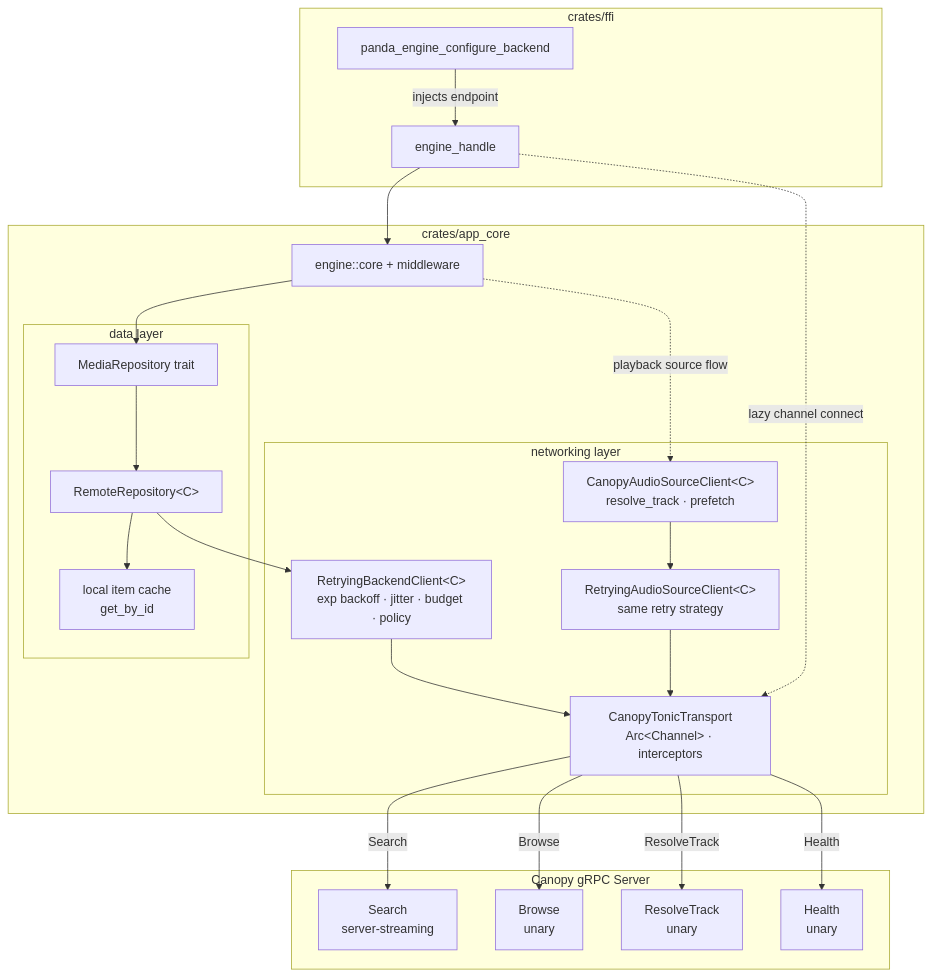
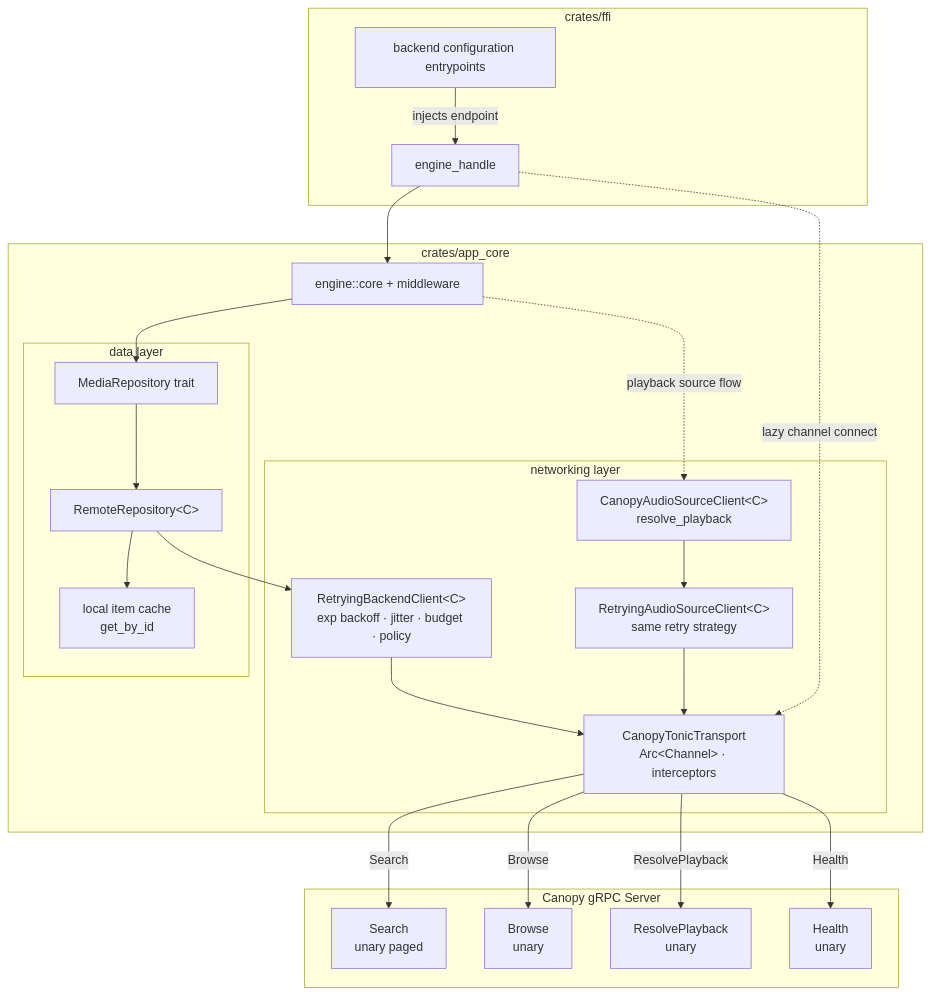
The second of 5 diagrams in rust/engine/README.md (adrianrusu16/Media-App), drawn with Mermaid before and after one commit. The commit also changed other lines of this file and 8 other files, not shown here.

````diff
--- a/rust/engine/README.md
+++ b/rust/engine/README.md
@@ -174,49 +174,49 @@
 ```mermaid
 flowchart TB
     subgraph FFI[crates/ffi]
         HANDLE[engine_handle]
-        API_CFG[panda_engine_configure_backend]
+        API_CFG[backend configuration entrypoints]
     end
 
     subgraph Core[crates/app_core]
         ENGINE[engine::core + middleware]
 
         subgraph DataLayer[data layer]
             REPO_TRAIT[MediaRepository trait]
             REMOTE[RemoteRepository&lt;C&gt;]
             CACHE[local item cache\nget_by_id]
         end
 
         subgraph NetLayer[networking layer]
             RBC[RetryingBackendClient&lt;C&gt;\nexp backoff · jitter · budget · policy]
             RASC[RetryingAudioSourceClient&lt;C&gt;\nsame retry strategy]
-            CASC[CanopyAudioSourceClient&lt;C&gt;\nresolve_track · prefetch]
+            CASC[CanopyAudioSourceClient&lt;C&gt;\nresolve_playback]
             TRANSPORT[CanopyTonicTransport\nArc&lt;Channel&gt; · interceptors]
         end
     end
 
     subgraph Canopy[Canopy gRPC Server]
-        SEARCH[Search\nserver-streaming]
+        SEARCH[Search\nunary paged]
         BROWSE[Browse\nunary]
-        RESOLVE[ResolveTrack\nunary]
+        RESOLVE[ResolvePlayback\nunary]
         HEALTH[Health\nunary]
     end
 
     API_CFG -->|injects endpoint| HANDLE
     HANDLE --> ENGINE
     ENGINE --> REPO_TRAIT
     REPO_TRAIT --> REMOTE
     REMOTE --> CACHE
     REMOTE --> RBC
     RBC --> TRANSPORT
     CASC --> RASC
     RASC --> TRANSPORT
     ENGINE -.->|playback source flow| CASC
 
     TRANSPORT -->|Search| SEARCH
     TRANSPORT -->|Browse| BROWSE
-    TRANSPORT -->|ResolveTrack| RESOLVE
+    TRANSPORT -->|ResolvePlayback| RESOLVE
     TRANSPORT -->|Health| HEALTH
 
     HANDLE -.->|lazy channel connect| TRANSPORT
 ```
````
